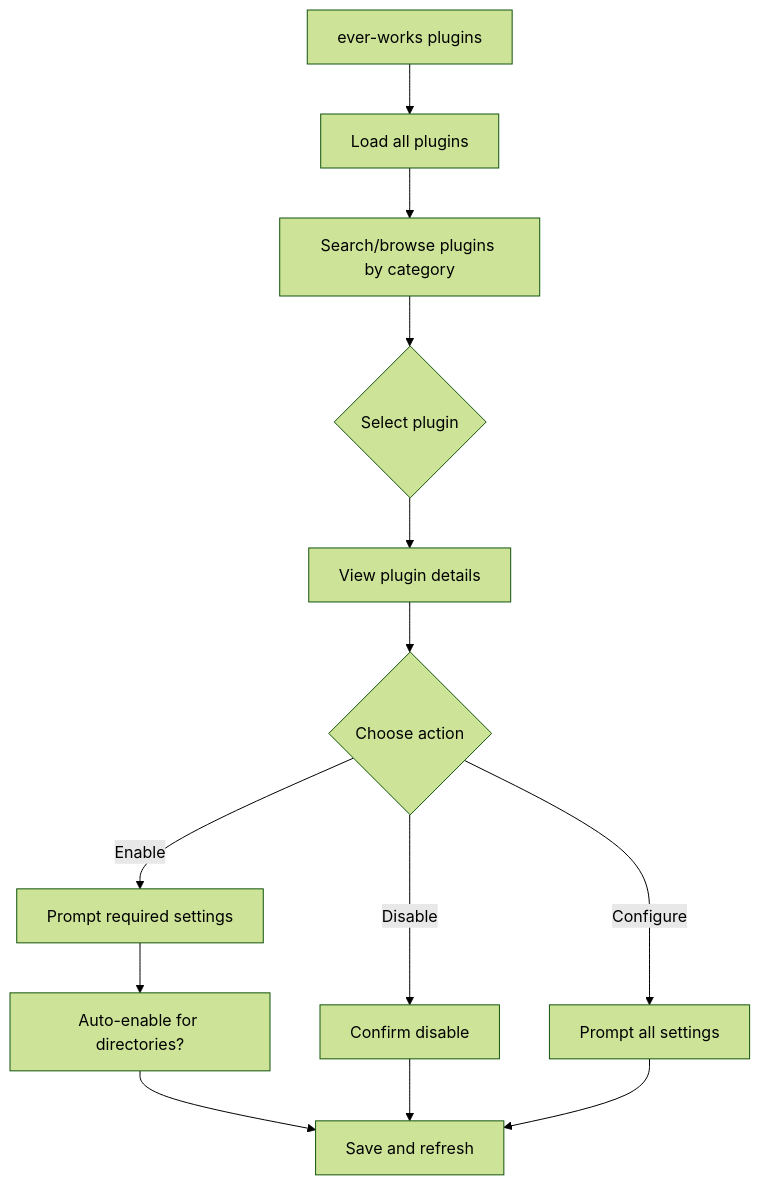
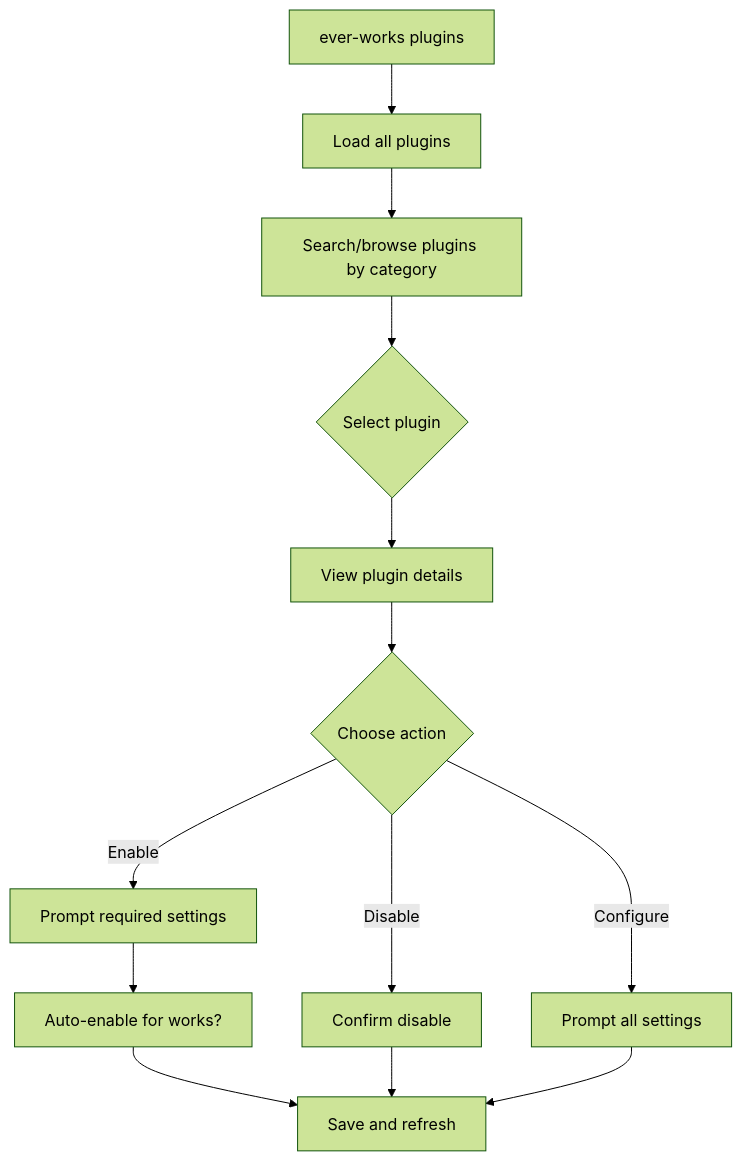
One commit to ever-works/ever-works changed the first of 3 diagrams in docs/cli/plugin-commands.md. Above: the diagram before and after it, drawn with Mermaid (forest theme). The commit also changed other lines of this file and 395 other files, not shown here.

````diff
--- a/docs/cli/plugin-commands.md
+++ b/docs/cli/plugin-commands.md
@@ -28,15 +28,15 @@
 ```mermaid
 graph TD
     A[ever-works plugins] --> B[Load all plugins]
     B --> C[Search/browse plugins by category]
     C --> D{Select plugin}
     D --> E[View plugin details]
     E --> F{Choose action}
     F -->|Enable| G[Prompt required settings]
     F -->|Disable| H[Confirm disable]
     F -->|Configure| I[Prompt all settings]
-    G --> J[Auto-enable for directories?]
+    G --> J[Auto-enable for works?]
     J --> K[Save and refresh]
     H --> K
     I --> K
 ```
````
